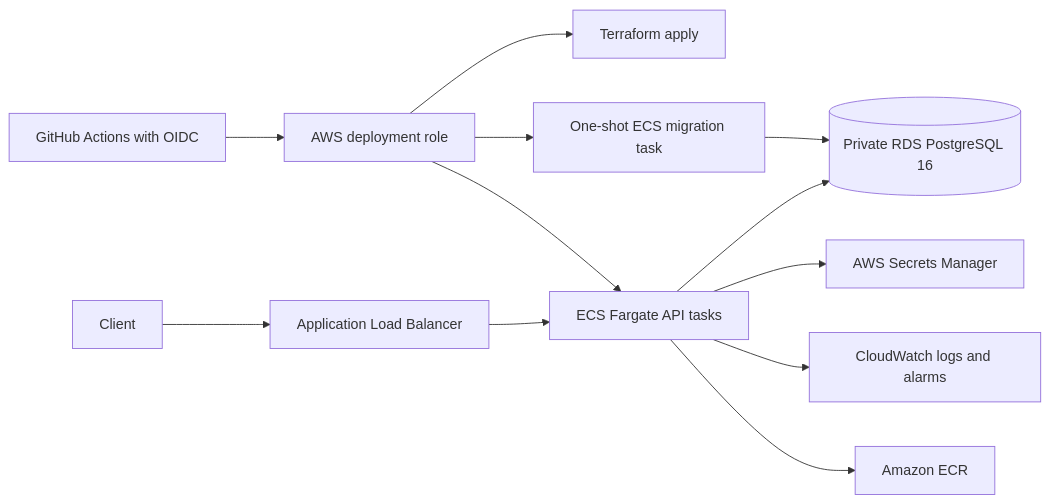
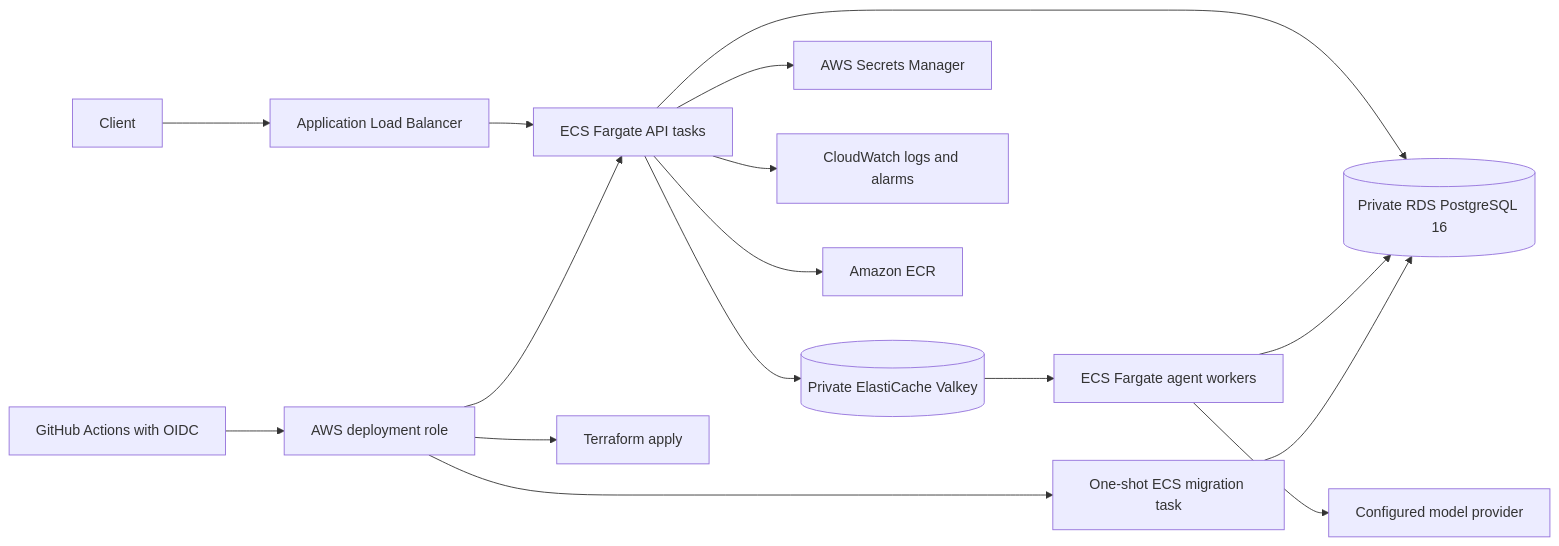
One commit to abhilashvadla98-pixel/resolveops changed the diagram in docs/DEPLOYMENT.md. Above: the diagram before and after it, drawn with Mermaid. The commit also changed other lines of this file and 12 other files, not shown here.

````diff
--- a/docs/DEPLOYMENT.md
+++ b/docs/DEPLOYMENT.md
@@ -12,14 +12,18 @@
 ```mermaid
 flowchart LR
     User[Client] --> ALB[Application Load Balancer]
     ALB --> ECS[ECS Fargate API tasks]
     ECS --> RDS[(Private RDS PostgreSQL 16)]
+    ECS --> Valkey[(Private ElastiCache Valkey)]
+    Valkey --> Worker[ECS Fargate agent workers]
+    Worker --> RDS
+    Worker --> Provider[Configured model provider]
     ECS --> Secrets[AWS Secrets Manager]
     ECS --> Logs[CloudWatch logs and alarms]
     ECS --> ECR[Amazon ECR]
     GitHub[GitHub Actions with OIDC] --> AWS[AWS deployment role]
     AWS --> Terraform[Terraform apply]
     AWS --> Migration[One-shot ECS migration task]
     Migration --> RDS
     AWS --> ECS
 ```
````
